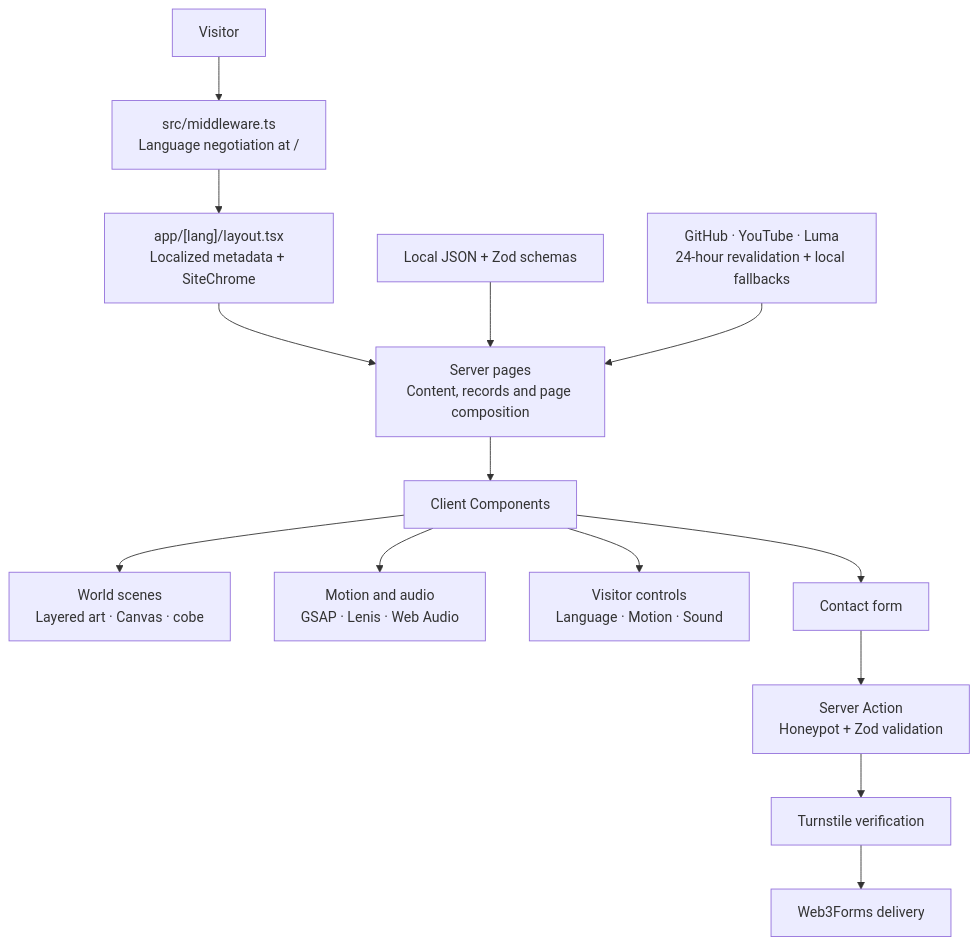
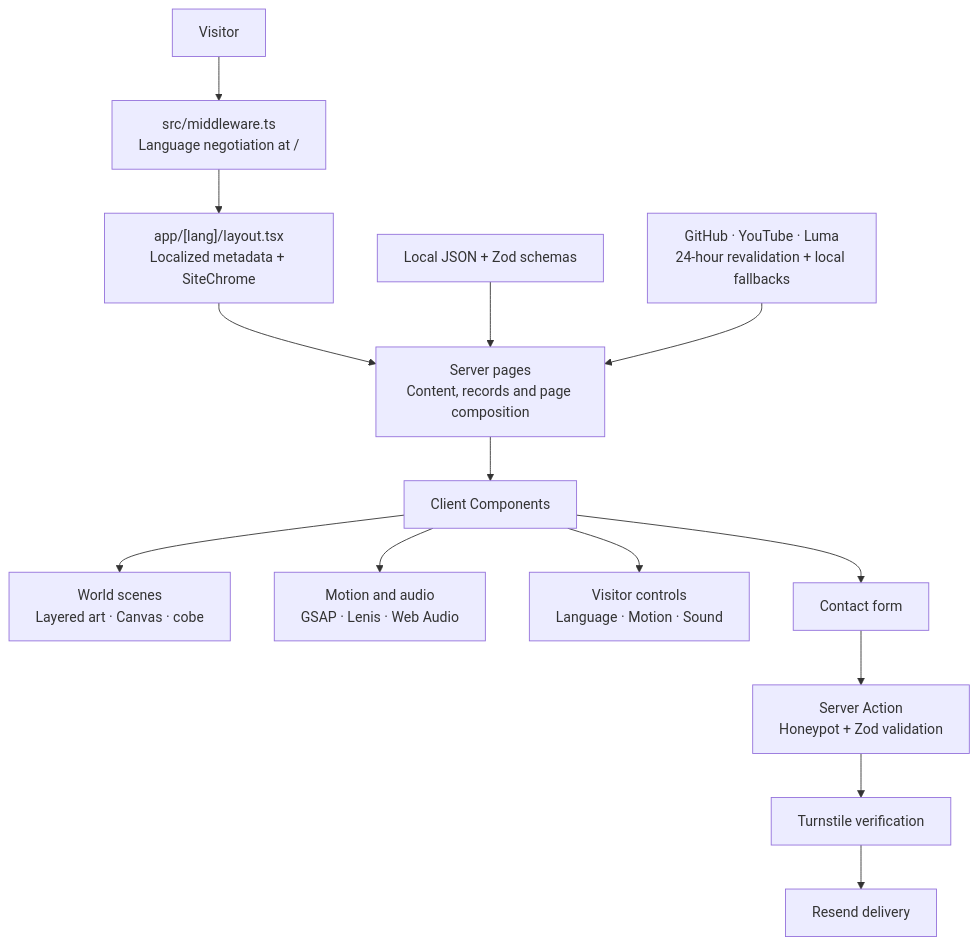
The diagram in README.md (glaucia86/glaucialemos.dev), drawn with Mermaid before and after one commit. The commit also changed other lines of this file and 196 other files, not shown here.

````diff
--- a/README.md
+++ b/README.md
@@ -113,16 +122,16 @@
 ```mermaid
 flowchart TD
     V["Visitor"] --> M["src/middleware.ts<br/>Language negotiation at /"]
     M --> L["app/[lang]/layout.tsx<br/>Localized metadata + SiteChrome"]
     L --> P["Server pages<br/>Content, records and page composition"]
     D["Local JSON + Zod schemas"] --> P
     R["GitHub · YouTube · Luma<br/>24-hour revalidation + local fallbacks"] --> P
     P --> C["Client Components"]
     C --> W["World scenes<br/>Layered art · Canvas · cobe"]
     C --> A["Motion and audio<br/>GSAP · Lenis · Web Audio"]
     C --> U["Visitor controls<br/>Language · Motion · Sound"]
     C --> F["Contact form"]
     F --> S["Server Action<br/>Honeypot + Zod validation"]
     S --> T["Turnstile verification"]
-    T --> E["Web3Forms delivery"]
+    T --> E["Resend delivery"]
 ```
````
